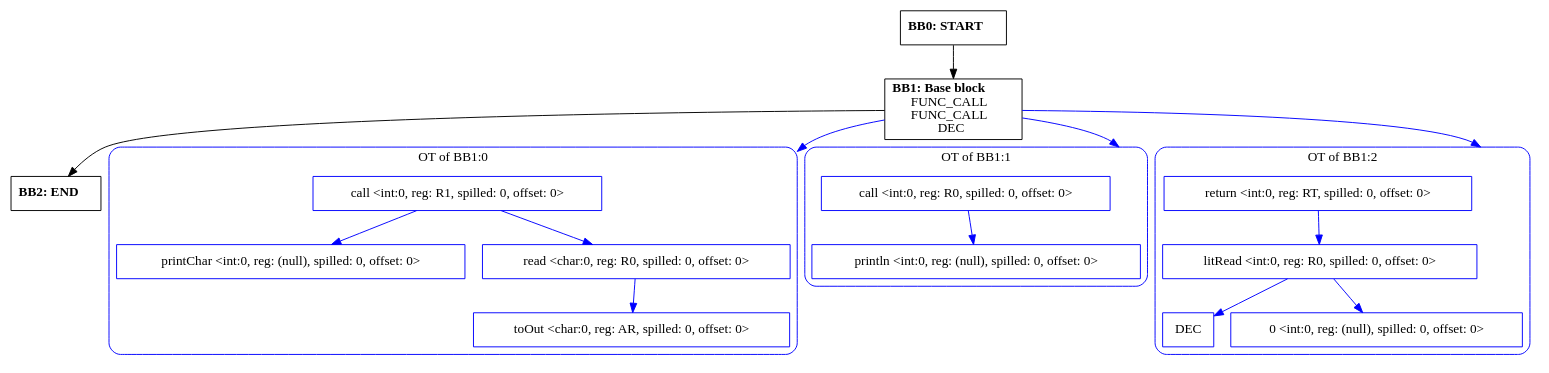
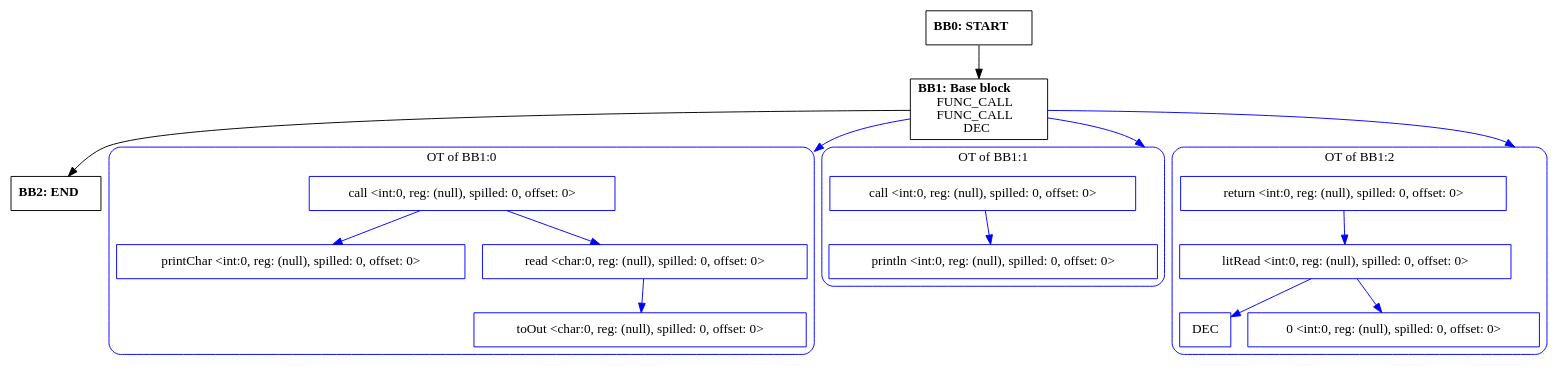
The diagram in outputs/cfg/io.IO.printlnChar.dot (zavar152-cv/myLang-oop-compiler), drawn with Graphviz before and after one commit. The commit also changed 33 other files, not shown here.

```diff
--- a/outputs/cfg/io.IO.printlnChar.dot
+++ b/outputs/cfg/io.IO.printlnChar.dot
@@ -1,50 +1,50 @@
 digraph CFG {
     compound=true;
     graph [splines=true];
     node [shape=rectangle];
 
     BB2 [label=<<B>BB2: END</B><BR ALIGN="CENTER"/>>];
     BB1 [label=<<B>BB1: Base block</B><BR ALIGN="CENTER"/>FUNC_CALL<BR ALIGN="CENTER"/>FUNC_CALL<BR ALIGN="CENTER"/>DEC<BR ALIGN="CENTER"/>>];
     subgraph cluster_instruction0 {
         label = "OT of BB1:0";
         style=rounded;
         color=blue;
         entry0 [shape=point, style=invis];
-        node0 [label="call <int:0, reg: R1, spilled: 0, offset: 0>", color=blue];
+        node0 [label="call <int:0, reg: (null), spilled: 0, offset: 0>", color=blue];
         node1 [label="printChar <int:0, reg: (null), spilled: 0, offset: 0>", color=blue];
         node0 -> node1[color=blue];
-        node2 [label="read <char:0, reg: R0, spilled: 0, offset: 0>", color=blue];
-        node3 [label="toOut <char:0, reg: AR, spilled: 0, offset: 0>", color=blue];
+        node2 [label="read <char:0, reg: (null), spilled: 0, offset: 0>", color=blue];
+        node3 [label="toOut <char:0, reg: (null), spilled: 0, offset: 0>", color=blue];
         node2 -> node3[color=blue];
         node0 -> node2[color=blue];
     }
     BB1 -> entry0 [lhead=cluster_instruction0, color=blue];
     subgraph cluster_instruction1 {
         label = "OT of BB1:1";
         style=rounded;
         color=blue;
         entry1 [shape=point, style=invis];
-        node4 [label="call <int:0, reg: R0, spilled: 0, offset: 0>", color=blue];
+        node4 [label="call <int:0, reg: (null), spilled: 0, offset: 0>", color=blue];
         node5 [label="println <int:0, reg: (null), spilled: 0, offset: 0>", color=blue];
         node4 -> node5[color=blue];
     }
     BB1 -> entry1 [lhead=cluster_instruction1, color=blue];
     subgraph cluster_instruction2 {
         label = "OT of BB1:2";
         style=rounded;
         color=blue;
         entry2 [shape=point, style=invis];
-        node6 [label="return <int:0, reg: RT, spilled: 0, offset: 0>", color=blue];
-        node7 [label="litRead <int:0, reg: R0, spilled: 0, offset: 0>", color=blue];
+        node6 [label="return <int:0, reg: (null), spilled: 0, offset: 0>", color=blue];
+        node7 [label="litRead <int:0, reg: (null), spilled: 0, offset: 0>", color=blue];
         node8 [label="DEC", color=blue];
         node7 -> node8[color=blue];
         node9 [label="0 <int:0, reg: (null), spilled: 0, offset: 0>", color=blue];
         node7 -> node9[color=blue];
         node6 -> node7[color=blue];
     }
     BB1 -> entry2 [lhead=cluster_instruction2, color=blue];
     BB0 [label=<<B>BB0: START</B><BR ALIGN="CENTER"/>>];
 
     BB1 -> BB2;
     BB0 -> BB1;
 }
```
